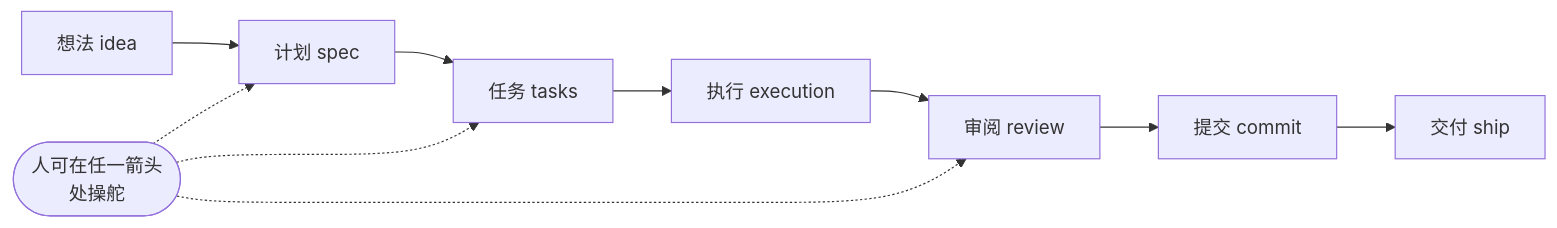
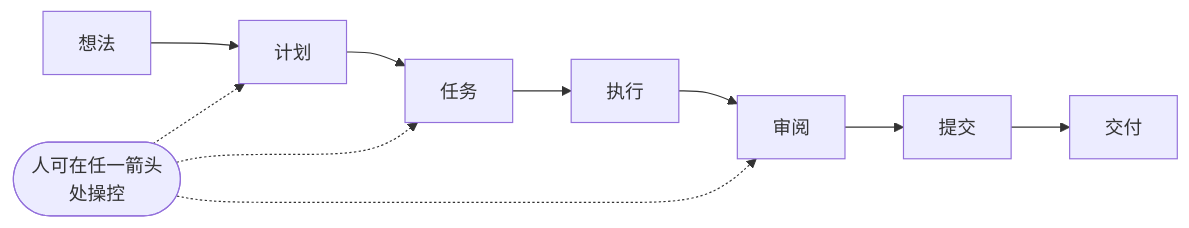
Before and after one commit to latere-ai/ai-as-an-infrastructure: the second of 3 diagrams in zh/p9-ecosystem/36-tooling-ecosystem.qmd, drawn with Mermaid. The commit also changed other lines of this file and 106 other files, not shown here.

````diff
--- a/zh/p9-ecosystem/36-tooling-ecosystem.qmd
+++ b/zh/p9-ecosystem/36-tooling-ecosystem.qmd
@@ -115,14 +115,14 @@
 ```{mermaid}
 %%| label: fig-tooling-orchestration-pipeline
 %%| fig-cap: "编排作为一件显式产物。计划坐落在请求与代码之间，而每一个箭头都是一个人可以停下并接过缰绳的位置。"
 flowchart LR
-  idea["想法 idea"] --> spec["计划 spec"]
-  spec --> tasks["任务 tasks"]
-  tasks --> exec["执行 execution"]
-  exec --> review["审阅 review"]
-  review --> commit["提交 commit"]
-  commit --> ship["交付 ship"]
-  human(["人可在任一箭头<br/>处操舵"]) -.-> spec
+  idea["想法"] --> spec["计划"]
+  spec --> tasks["任务"]
+  tasks --> exec["执行"]
+  exec --> review["审阅"]
+  review --> commit["提交"]
+  commit --> ship["交付"]
+  human(["人可在任一箭头<br/>处操控"]) -.-> spec
   human -.-> tasks
   human -.-> review
 ```
````
